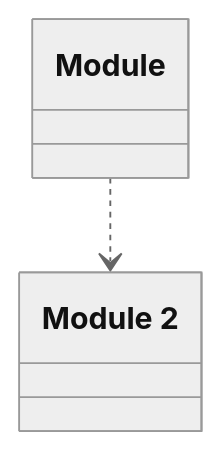
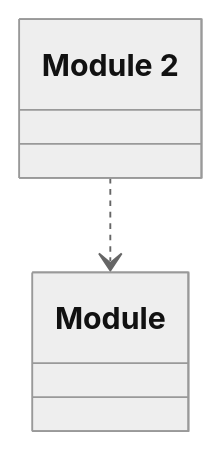
Before and after one commit to lizzyTheLizard/domain-schema-documentation: the diagram in tests/java/expected/README.md, drawn with Mermaid (neutral theme). The commit also changed other lines of this file and 109 other files, not shown here.

````diff
--- a/tests/java/expected/README.md
+++ b/tests/java/expected/README.md
@@ -7,8 +11,8 @@
 ```mermaid
 classDiagram
 class _Module["Module"]
 class _Module2["Module 2"]
-_Module ..> _Module2
+_Module2 ..> _Module
 click _Module href "./Module/index.html" "Module"
 click _Module2 href "./Module2/index.html" "Module 2"
 ```
````
